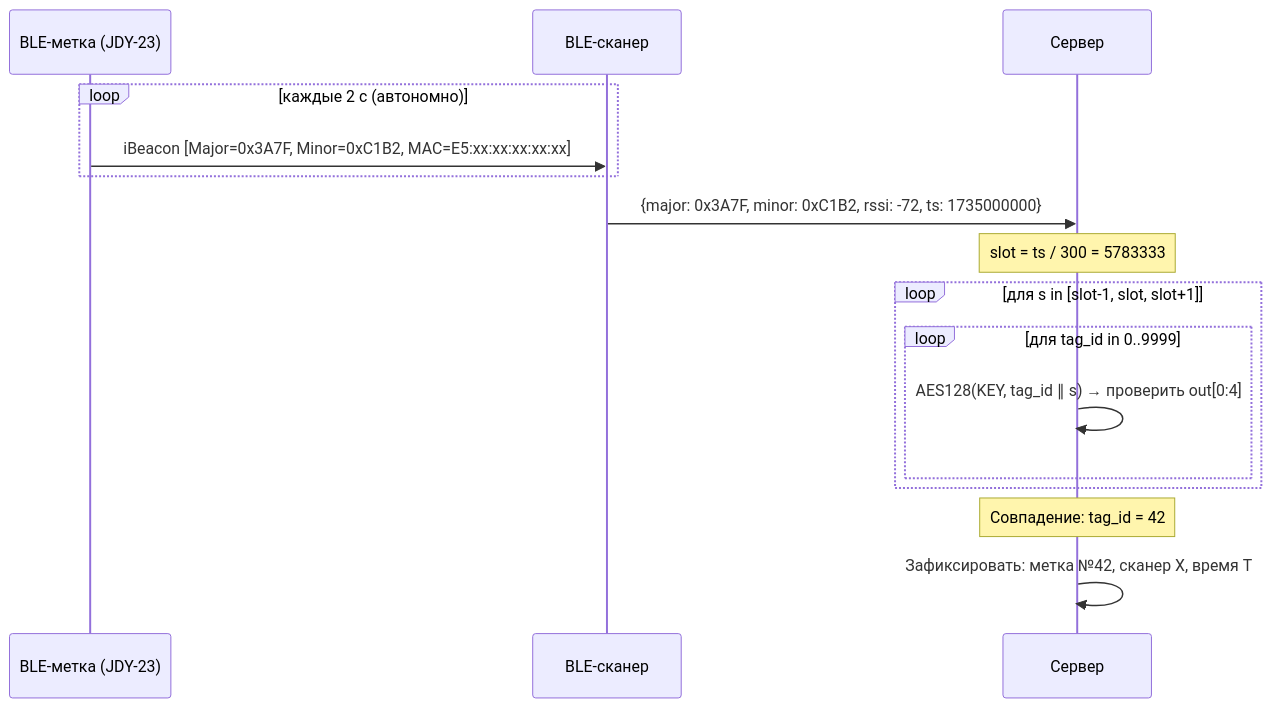
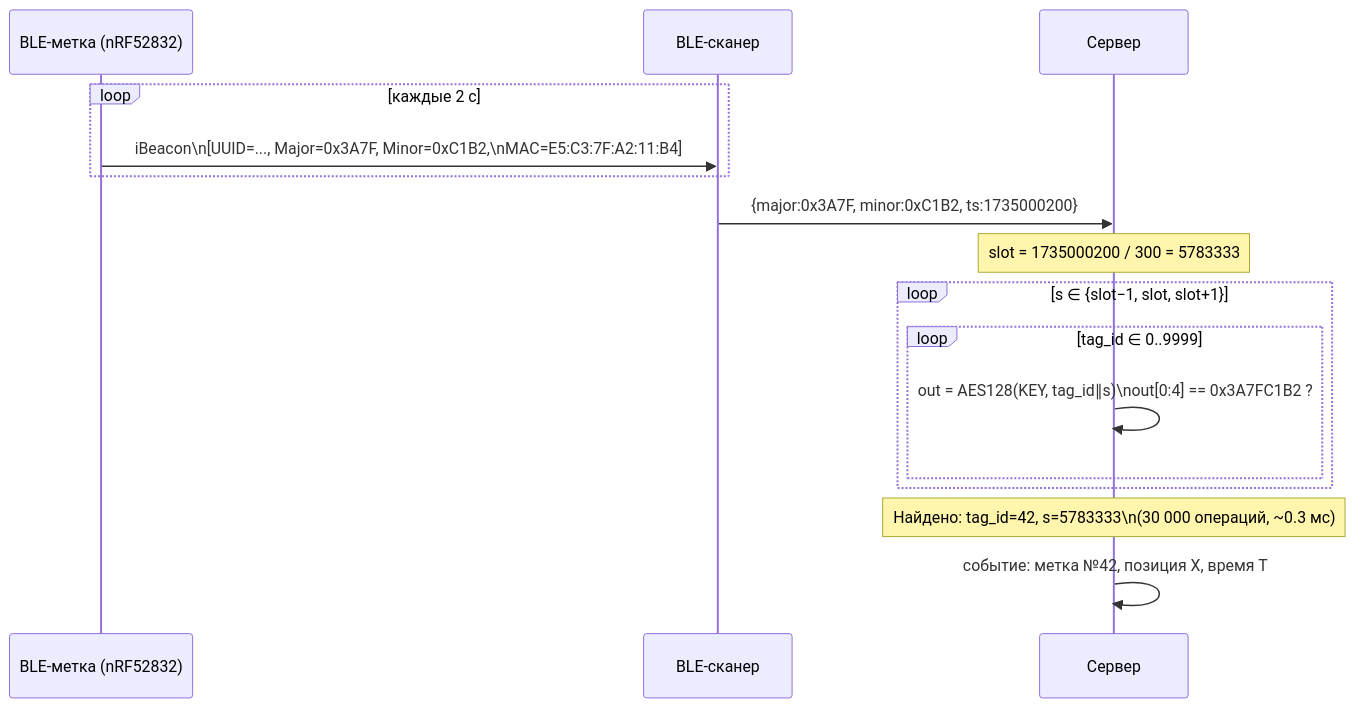
One commit to sayr777/dynamic-iBeacon changed the third of 3 diagrams in docs/interaction-diagram.md. Above: the diagram before and after it, drawn with Mermaid. The commit also changed other lines of this file and 3 other files, not shown here.

First line of the commit message:
Add protocol.md and cost.md, update interaction diagrams for nRF52832

````diff
--- a/docs/interaction-diagram.md
+++ b/docs/interaction-diagram.md
@@ -120,22 +106,23 @@
 ```mermaid
 sequenceDiagram
-    participant TAG as BLE-метка (JDY-23)
+    participant TAG  as BLE-метка (nRF52832)
     participant SCAN as BLE-сканер
-    participant SRV as Сервер
+    participant SRV  as Сервер
 
-    loop каждые 2 с (автономно)
-        TAG->>SCAN: iBeacon [Major=0x3A7F, Minor=0xC1B2, MAC=E5:xx:xx:xx:xx:xx]
+    loop каждые 2 с
+        TAG  ->> SCAN : iBeacon\n[UUID=..., Major=0x3A7F, Minor=0xC1B2,\nMAC=E5:C3:7F:A2:11:B4]
     end
 
-    SCAN->>SRV: {major: 0x3A7F, minor: 0xC1B2, rssi: -72, ts: 1735000000}
+    SCAN ->> SRV : {major:0x3A7F, minor:0xC1B2, ts:1735000200}
 
-    Note over SRV: slot = ts / 300 = 5783333
-    loop для s in [slot-1, slot, slot+1]
-        loop для tag_id in 0..9999
-            SRV->>SRV: AES128(KEY, tag_id ∥ s) → проверить out[0:4]
+    Note over SRV : slot = 1735000200 / 300 = 5783333
+
+    loop s ∈ {slot−1, slot, slot+1}
+        loop tag_id ∈ 0..9999
+            SRV ->> SRV : out = AES128(KEY, tag_id∥s)\nout[0:4] == 0x3A7FC1B2 ?
         end
     end
 
-    Note over SRV: Совпадение: tag_id = 42
-    SRV->>SRV: Зафиксировать: метка №42, сканер X, время T
+    Note over SRV : Найдено: tag_id=42, s=5783333\n(30 000 операций, ~0.3 мс)
+    SRV ->> SRV  : событие: метка №42, позиция X, время T
 ```
````
